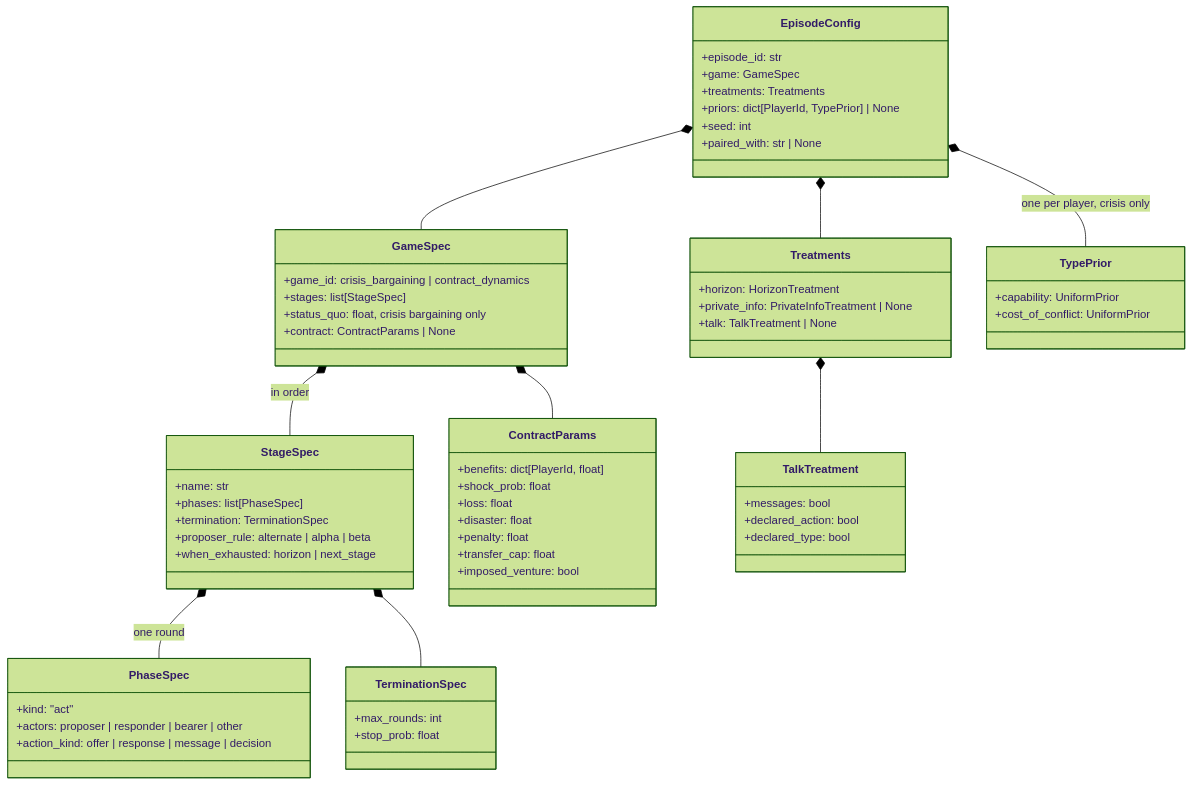
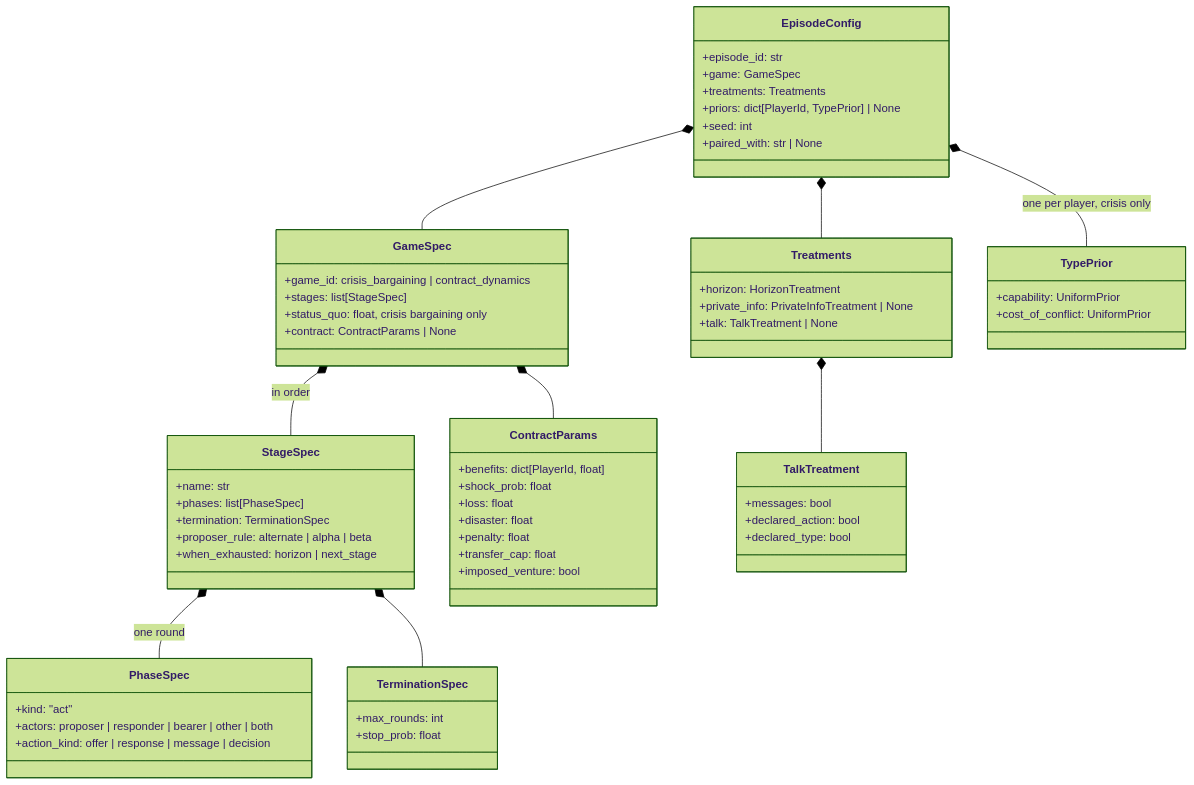
The third of 14 diagrams in docs/architecture.md (CarlosGIbanez/SPAR-Harness-Strategic-Interaction-Agents), drawn with Mermaid (forest theme) before and after one commit. The commit also changed other lines of this file and 3 other files, not shown here.

Commit message:
Simultaneous moves: phases with actors="both"

````diff
--- a/docs/architecture.md
+++ b/docs/architecture.md
@@ -97,64 +97,64 @@
 ```mermaid
 classDiagram
     class EpisodeConfig {
         +episode_id: str
         +game: GameSpec
         +treatments: Treatments
         +priors: dict[PlayerId, TypePrior] | None
         +seed: int
         +paired_with: str | None
     }
     class GameSpec {
         +game_id: crisis_bargaining | contract_dynamics
         +stages: list[StageSpec]
         +status_quo: float, crisis bargaining only
         +contract: ContractParams | None
     }
     class StageSpec {
         +name: str
         +phases: list[PhaseSpec]
         +termination: TerminationSpec
         +proposer_rule: alternate | alpha | beta
         +when_exhausted: horizon | next_stage
     }
     class PhaseSpec {
         +kind: "act"
-        +actors: proposer | responder | bearer | other
+        +actors: proposer | responder | bearer | other | both
         +action_kind: offer | response | message | decision
     }
     class TerminationSpec {
         +max_rounds: int
         +stop_prob: float
     }
     class ContractParams {
         +benefits: dict[PlayerId, float]
         +shock_prob: float
         +loss: float
         +disaster: float
         +penalty: float
         +transfer_cap: float
         +imposed_venture: bool
     }
     class Treatments {
         +horizon: HorizonTreatment
         +private_info: PrivateInfoTreatment | None
         +talk: TalkTreatment | None
     }
     class TalkTreatment {
         +messages: bool
         +declared_action: bool
         +declared_type: bool
     }
     class TypePrior {
         +capability: UniformPrior
         +cost_of_conflict: UniformPrior
     }
     EpisodeConfig *-- GameSpec
     EpisodeConfig *-- Treatments
     EpisodeConfig *-- TypePrior : one per player, crisis only
     GameSpec *-- StageSpec : in order
     GameSpec *-- ContractParams
     StageSpec *-- PhaseSpec : one round
     StageSpec *-- TerminationSpec
     Treatments *-- TalkTreatment
 ```
````
